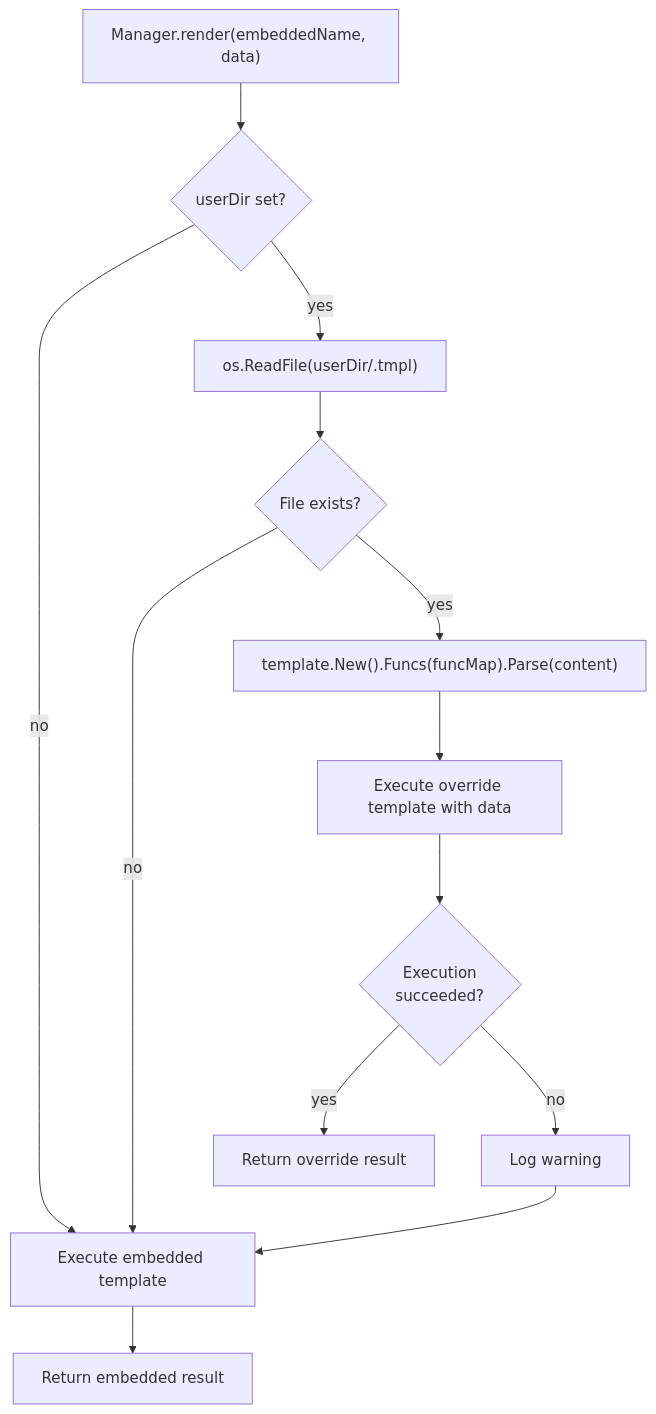
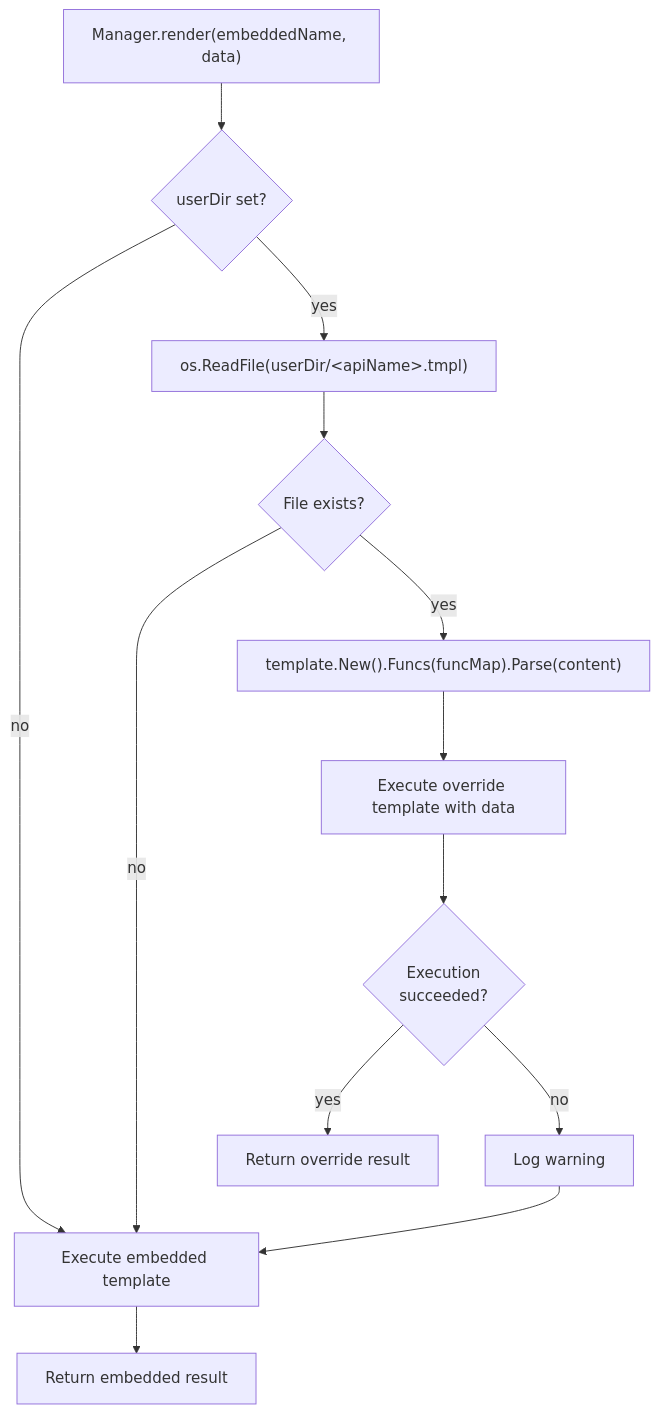
The second of 2 diagrams in docs/internals/workspaces-and-config.md (changkun/wallfacer), drawn with Mermaid before and after one commit. The commit also changed other lines of this file and 8 other files, not shown here.

First line of the commit message:
docs,specs: repair mermaid diagrams that rendered wrong

````diff
--- a/docs/internals/workspaces-and-config.md
+++ b/docs/internals/workspaces-and-config.md
@@ -227,15 +227,15 @@
 ```mermaid
 flowchart TD
     Render["Manager.render(embeddedName, data)"] --> CheckDir{"userDir set?"}
     CheckDir -->|no| Embedded["Execute embedded template"]
-    CheckDir -->|yes| ReadOverride["os.ReadFile(userDir/<apiName>.tmpl)"]
+    CheckDir -->|yes| ReadOverride["os.ReadFile(userDir/&lt;apiName&gt;.tmpl)"]
     ReadOverride --> Found{"File exists?"}
     Found -->|no| Embedded
     Found -->|yes| ParseOverride["template.New().Funcs(funcMap).Parse(content)"]
     ParseOverride --> ExecOverride["Execute override template with data"]
     ExecOverride --> ExecOK{"Execution<br/>succeeded?"}
     ExecOK -->|yes| Return["Return override result"]
     ExecOK -->|no| LogWarn["Log warning"]
     LogWarn --> Embedded
     Embedded --> Return2["Return embedded result"]
 ```
````
